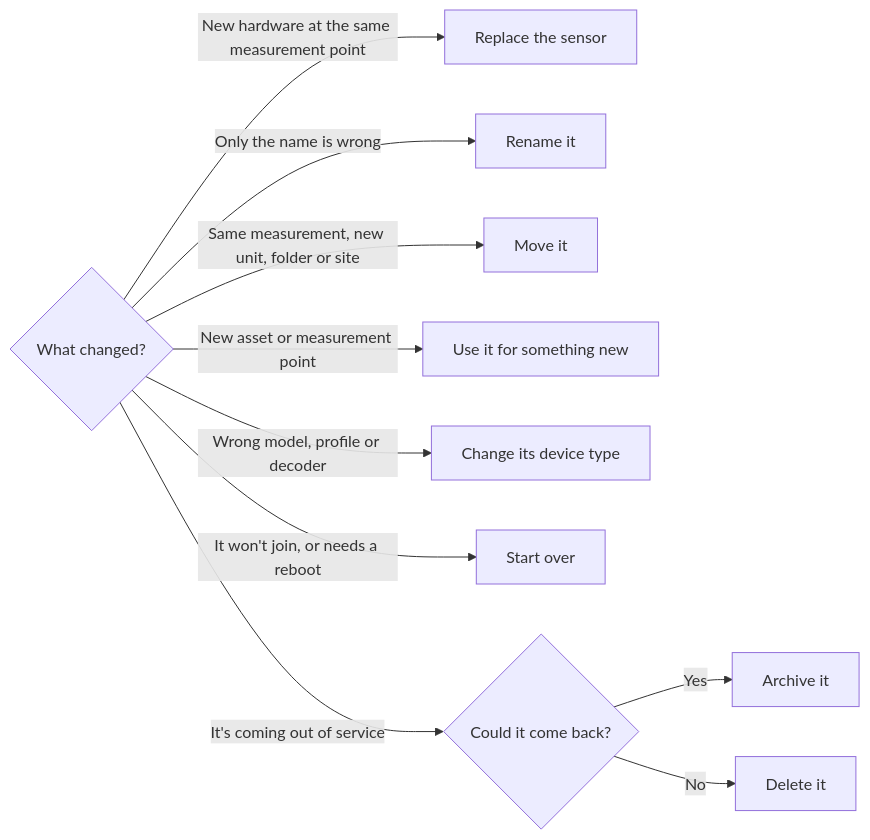
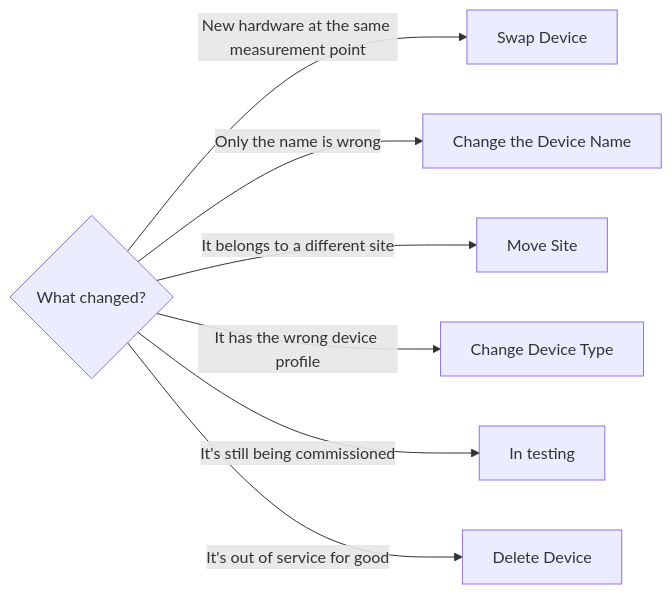
Before and after one commit to SiteSyncDevs/sitesyncdevs.github.io: the diagram in src/content/docs/use/device-actions.md, drawn with Mermaid. The commit also changed other lines of this file, not shown here.

First line of the commit message:
Device actions page: standard edit-page actions, no ThingPark or PI

````diff
--- a/src/content/docs/use/device-actions.md
+++ b/src/content/docs/use/device-actions.md
@@ -18,13 +16,10 @@
 ```mermaid
 flowchart LR
   Q{What changed?}
-  Q -->|New hardware at the same measurement point| replace[Replace the sensor]
-  Q -->|Only the name is wrong| rename[Rename it]
-  Q -->|Same measurement, new unit, folder or site| move[Move it]
-  Q -->|New asset or measurement point| newuse[Use it for something new]
-  Q -->|Wrong model, profile or decoder| type[Change its device type]
-  Q -->|It won't join, or needs a reboot| start[Start over]
-  Q -->|It's coming out of service| S{Could it come back?}
-  S -->|Yes| archive[Archive it]
-  S -->|No| delete[Delete it]
+  Q -->|New hardware at the same measurement point| swap[Swap Device]
+  Q -->|Only the name is wrong| rename[Change the Device Name]
+  Q -->|It belongs to a different site| move[Move Site]
+  Q -->|It has the wrong device profile| type[Change Device Type]
+  Q -->|It's still being commissioned| testing[In testing]
+  Q -->|It's out of service for good| delete[Delete Device]
 ```
````
